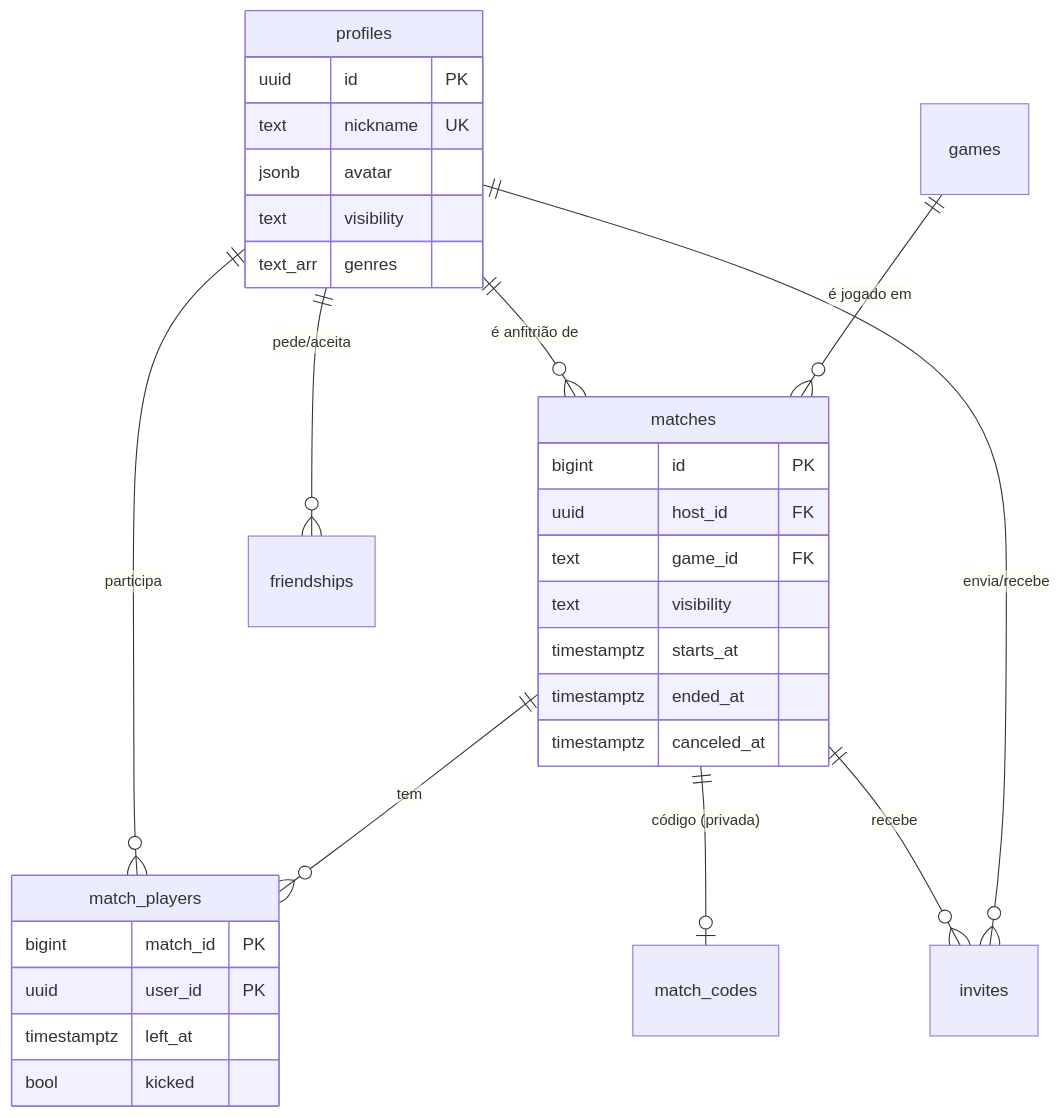
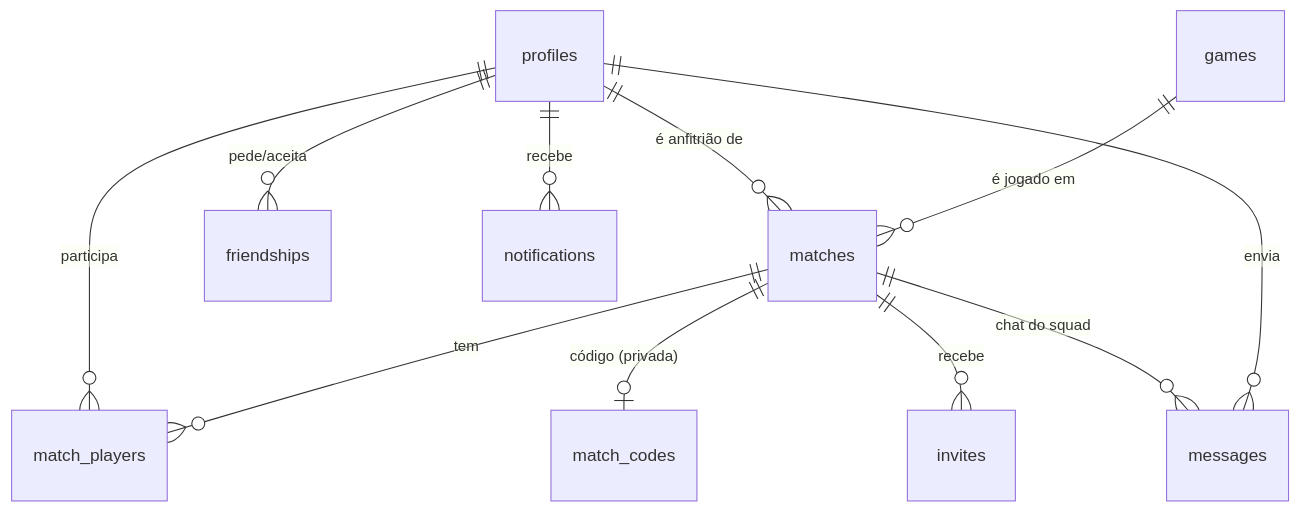
The second of 2 diagrams in README.md (Ottonkyu/gameplay), drawn with Mermaid before and after one commit. The commit also changed other lines of this file and 29 other files, not shown here.

````diff
--- a/README.md
+++ b/README.md
@@ -53,28 +79,13 @@
 ```mermaid
 erDiagram
   profiles ||--o{ matches : "é anfitrião de"
   profiles ||--o{ match_players : participa
   matches  ||--o{ match_players : tem
   matches  ||--o| match_codes : "código (privada)"
   matches  ||--o{ invites : recebe
-  profiles ||--o{ invites : "envia/recebe"
   profiles ||--o{ friendships : "pede/aceita"
   games    ||--o{ matches : "é jogado em"
-
-  profiles { uuid id PK
-    text nickname UK
-    jsonb avatar
-    text visibility
-    text_arr genres }
-  matches { bigint id PK
-    uuid host_id FK
-    text game_id FK
-    text visibility
-    timestamptz starts_at
-    timestamptz ended_at
-    timestamptz canceled_at }
-  match_players { bigint match_id PK
-    uuid user_id PK
-    timestamptz left_at
-    bool kicked }
+  matches  ||--o{ messages : "chat do squad"
+  profiles ||--o{ messages : envia
+  profiles ||--o{ notifications : recebe
 ```
````
